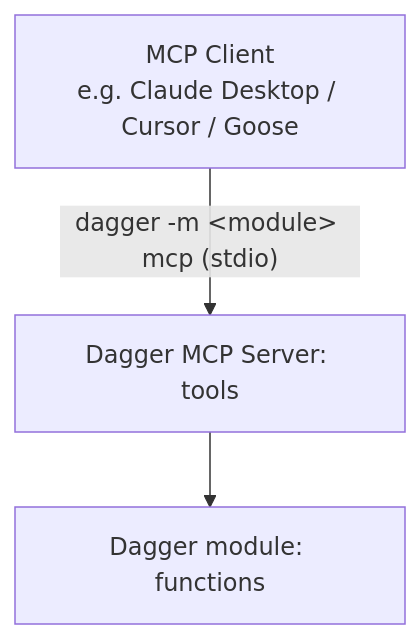
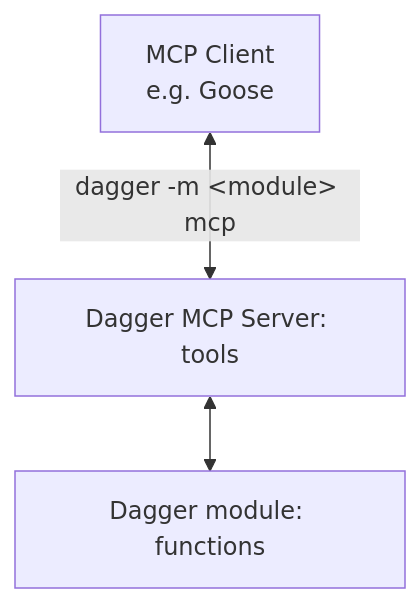
One commit to dagger/dagger changed the diagram in docs/current_docs/features/llm.mdx. Above: the diagram before and after it, drawn with Mermaid. The commit also changed other lines of this file, not shown here.

Commit message:
docs: mcp update

````diff
--- a/docs/current_docs/features/llm.mdx
+++ b/docs/current_docs/features/llm.mdx
@@ -93,5 +93,5 @@
 ```mermaid
 flowchart TD
-    A["MCP Client<br>e.g. Claude Desktop / Cursor / Goose"] -- "dagger -m &lt;module&gt; mcp (stdio)" --> C["Dagger MCP Server: tools"]
-    C --> E["Dagger module: functions"]
+    A["MCP Client<br>e.g. Goose"] -- "dagger -m &lt;module&gt; mcp " <--> B["Dagger MCP Server: tools"]
+    B <--> C["Dagger module: functions"]
 ```
````
